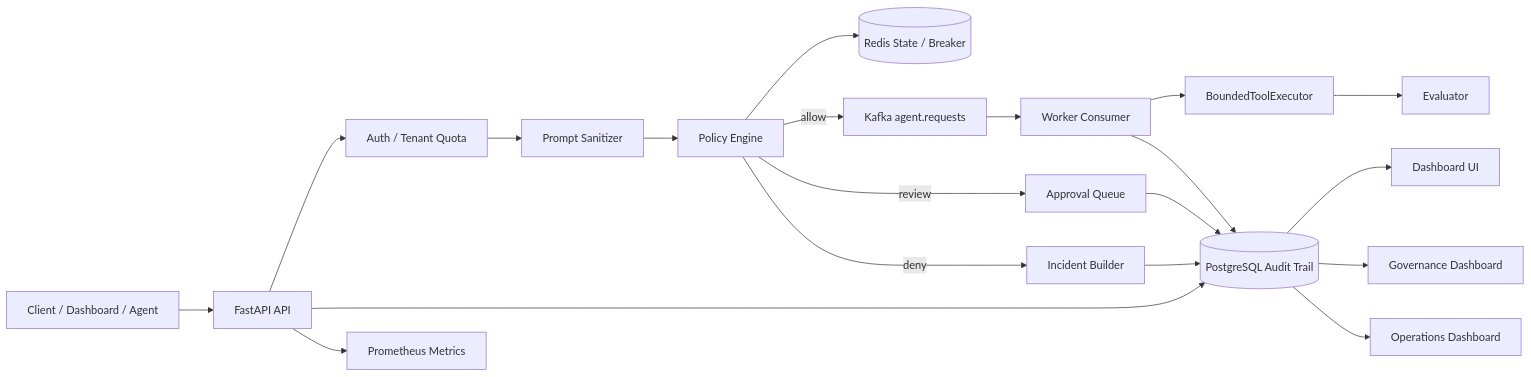
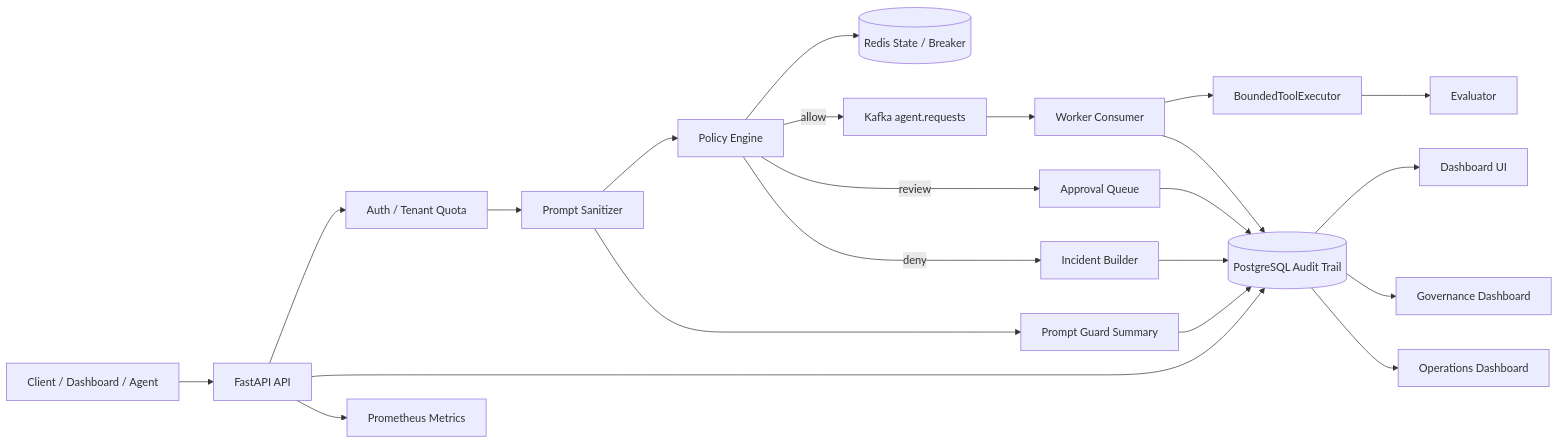
The first of 2 diagrams in docs/architecture.md (leo459028/RewardHacking), drawn with Mermaid before and after one commit. The commit also changed other lines of this file and 40 other files, not shown here.

````diff
--- a/docs/architecture.md
+++ b/docs/architecture.md
@@ -9,22 +17,24 @@
 ```mermaid
 flowchart LR
   C["Client / Dashboard / Agent"] --> A["FastAPI API"]
   A --> G["Auth / Tenant Quota"]
   G --> S["Prompt Sanitizer"]
   S --> P["Policy Engine"]
   P --> R[("Redis State / Breaker")]
   P -->|allow| K["Kafka agent.requests"]
   P -->|review| Q["Approval Queue"]
   P -->|deny| I["Incident Builder"]
   K --> W["Worker Consumer"]
   W --> X["BoundedToolExecutor"]
   X --> E["Evaluator"]
   A --> DB[("PostgreSQL Audit Trail")]
   W --> DB
   Q --> DB
   I --> DB
   DB --> UI["Dashboard UI"]
   DB --> GD["Governance Dashboard"]
   DB --> OP["Operations Dashboard"]
+  S --> PG["Prompt Guard Summary"]
+  PG --> DB
   A --> M["Prometheus Metrics"]
 ```
````
